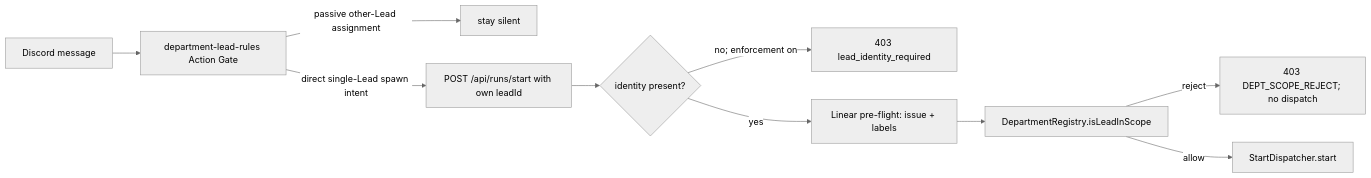
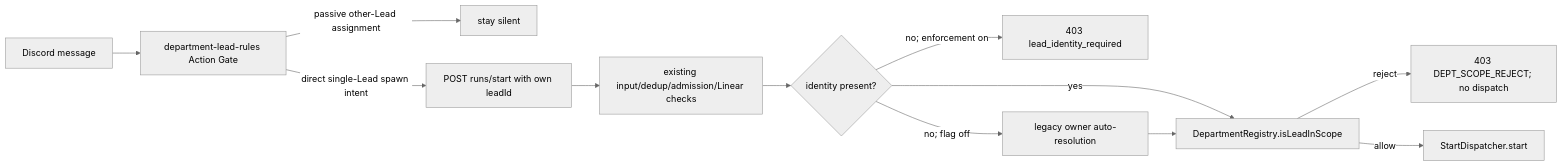
The diagram in engineering/doc/FLY-127-department-scope-spawn/research.md (xrliAnnie/flywheel-qa-sandbox), drawn with Mermaid (neutral theme) before and after one commit. The commit also changed other lines of this file and 3 other files, not shown here.

````diff
--- a/engineering/doc/FLY-127-department-scope-spawn/research.md
+++ b/engineering/doc/FLY-127-department-scope-spawn/research.md
@@ -10,12 +10,14 @@
 ```mermaid
 flowchart LR
     M[Discord message] --> R[department-lead-rules Action Gate]
     R -->|passive other-Lead assignment| S[stay silent]
-    R -->|direct single-Lead spawn intent| H[POST /api/runs/start with own leadId]
-    H --> I{identity present?}
+    R -->|direct single-Lead spawn intent| H[POST runs/start with own leadId]
+    H --> V[existing input/dedup/admission/Linear checks]
+    V --> I{identity present?}
     I -->|no; enforcement on| X[403 lead_identity_required]
-    I -->|yes| P[Linear pre-flight: issue + labels]
-    P --> D[DepartmentRegistry.isLeadInScope]
+    I -->|no; flag off| O[legacy owner auto-resolution]
+    I -->|yes| D[DepartmentRegistry.isLeadInScope]
+    O --> D
     D -->|reject| Y[403 DEPT_SCOPE_REJECT; no dispatch]
     D -->|allow| A[StartDispatcher.start]
 ```
````
